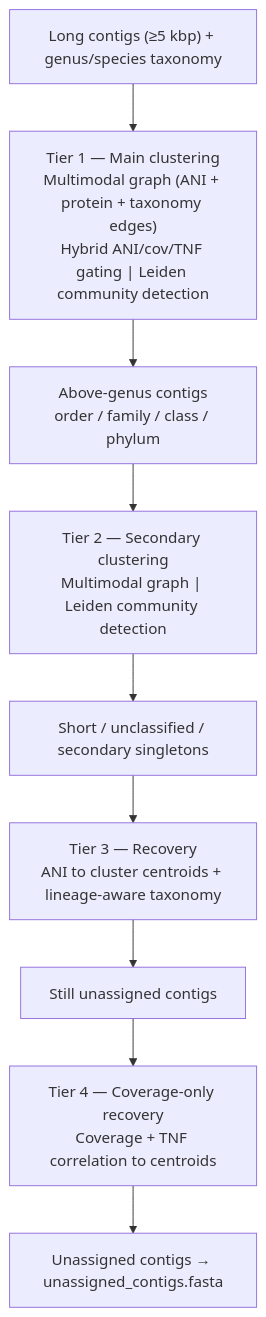
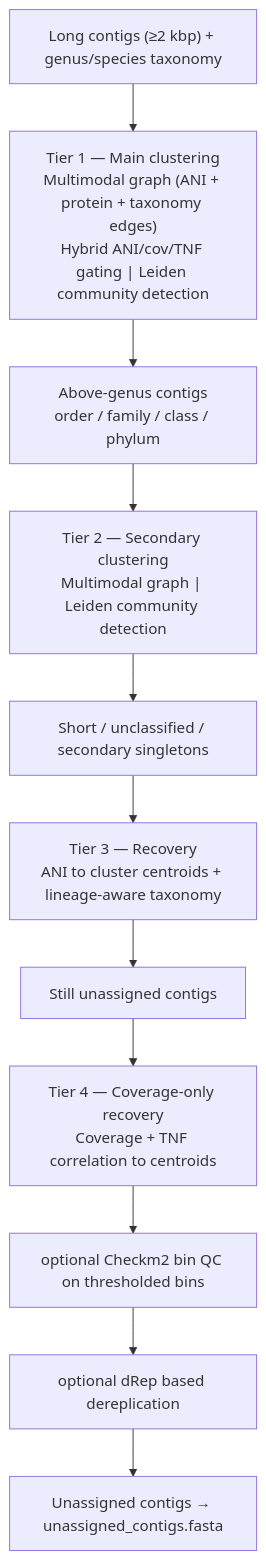
The diagram in README.md (harish0201/tritanc), drawn with Mermaid before and after one commit.

Commit message:
Update clustering logic diagram in README

````diff
--- a/README.md
+++ b/README.md
@@ -325,12 +325,15 @@
 ```mermaid
 flowchart TD
-    A["Long contigs (≥5 kbp) + genus/species taxonomy"]
+    A["Long contigs (≥2 kbp) + genus/species taxonomy"]
     --> B["Tier 1 — Main clustering\nMultimodal graph (ANI + protein + taxonomy edges)\nHybrid ANI/cov/TNF gating | Leiden community detection"]
     --> C["Above-genus contigs\norder / family / class / phylum"]
     --> D["Tier 2 — Secondary clustering\nMultimodal graph | Leiden community detection"]
     --> E["Short / unclassified / secondary singletons"]
     --> F["Tier 3 — Recovery\nANI to cluster centroids + lineage-aware taxonomy"]
     --> G["Still unassigned contigs"]
     --> H["Tier 4 — Coverage-only recovery\nCoverage + TNF correlation to centroids"]
+    --> J["optional Checkm2 bin QC on thresholded bins"]
+    --> K["optional dRep based dereplication"]
     --> I["Unassigned contigs → unassigned_contigs.fasta"]
+    
 ```
````
